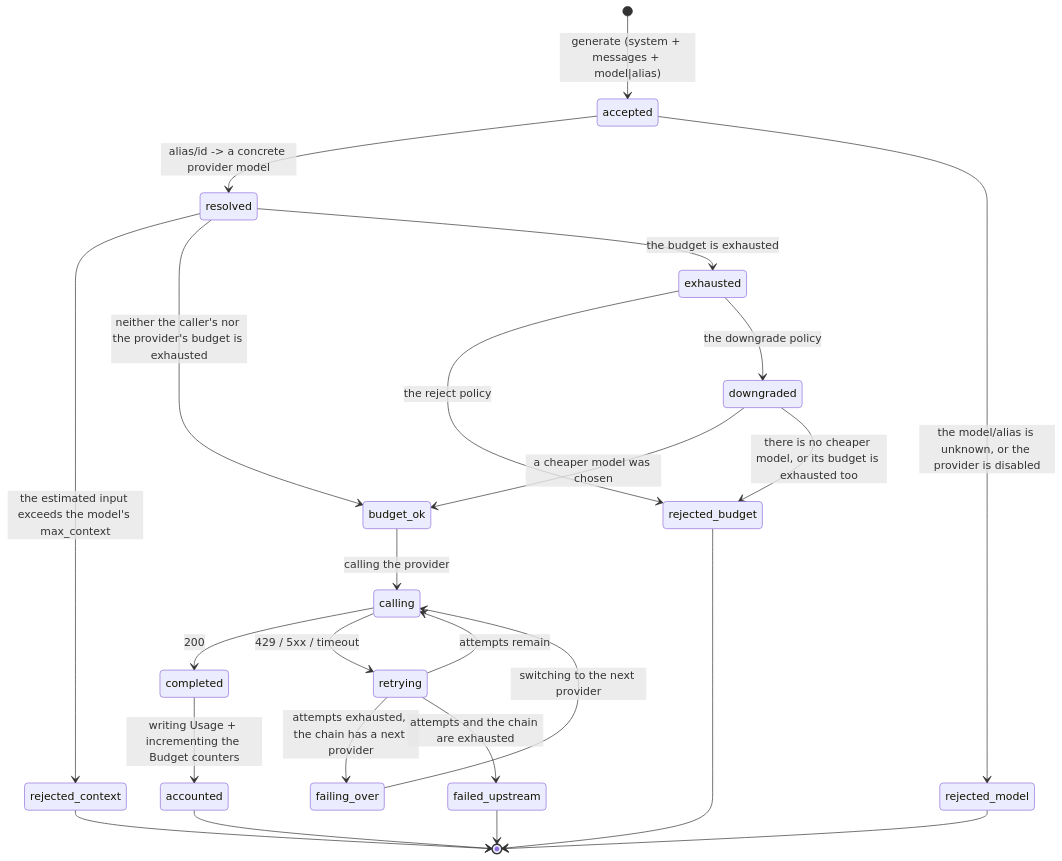
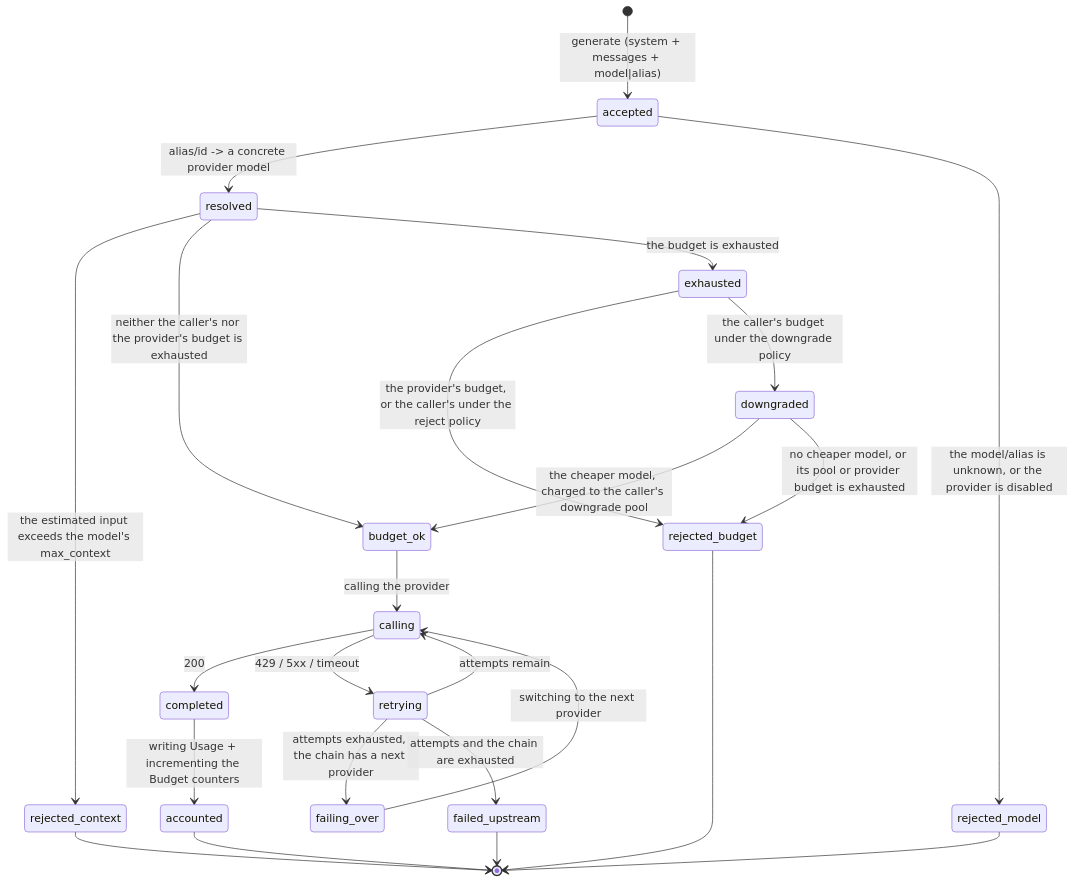
The first of 3 diagrams in holahost/services/llm-client/docs/llm_client_spec.md (kaxcheg/holahost), drawn with Mermaid before and after one commit. The commit also changed other lines of this file and 118 other files, not shown here.

````diff
--- a/holahost/services/llm-client/docs/llm_client_spec.md
+++ b/holahost/services/llm-client/docs/llm_client_spec.md
@@ -64,26 +64,26 @@
 ```mermaid
 stateDiagram-v2
     [*] --> accepted: generate (system + messages + model|alias)
     accepted --> resolved: alias/id -> a concrete provider model
     accepted --> rejected_model: the model/alias is unknown, or the provider is disabled
     resolved --> rejected_context: the estimated input exceeds the model's max_context
     resolved --> budget_ok: neither the caller's nor the provider's budget is exhausted
     resolved --> exhausted: the budget is exhausted
-    exhausted --> rejected_budget: the reject policy
-    exhausted --> downgraded: the downgrade policy
-    downgraded --> budget_ok: a cheaper model was chosen
-    downgraded --> rejected_budget: there is no cheaper model, or its budget is exhausted too
+    exhausted --> rejected_budget: the provider's budget, or the caller's under the reject policy
+    exhausted --> downgraded: the caller's budget under the downgrade policy
+    downgraded --> budget_ok: the cheaper model, charged to the caller's downgrade pool
+    downgraded --> rejected_budget: no cheaper model, or its pool or provider budget is exhausted
     budget_ok --> calling: calling the provider
     calling --> completed: 200
     calling --> retrying: 429 / 5xx / timeout
     retrying --> calling: attempts remain
     retrying --> failing_over: attempts exhausted, the chain has a next provider
     failing_over --> calling: switching to the next provider
     retrying --> failed_upstream: attempts and the chain are exhausted
     completed --> accounted: writing Usage + incrementing the Budget counters
     accounted --> [*]
     rejected_model --> [*]
     rejected_context --> [*]
     rejected_budget --> [*]
     failed_upstream --> [*]
 ```
````
